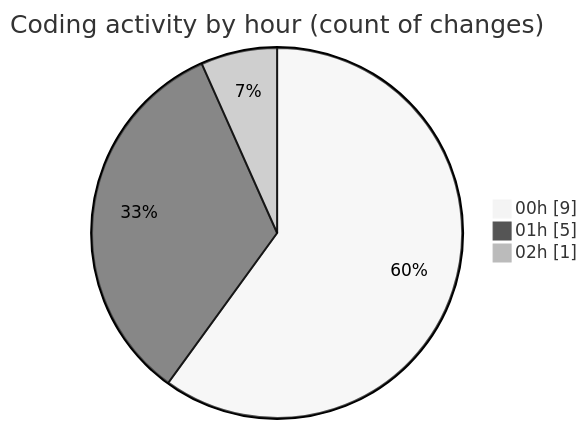
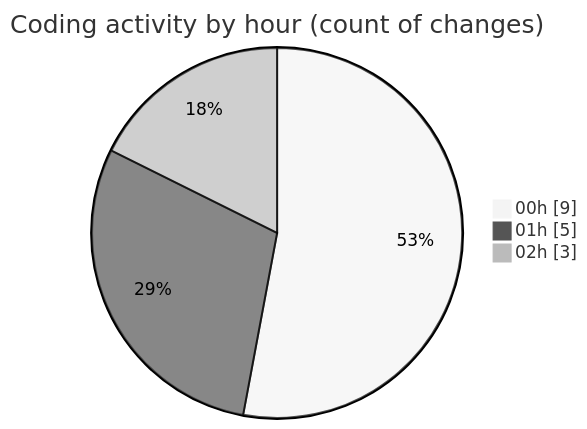
Before and after one commit to lephambinh05/code-tracking: the second of 2 diagrams in 2025-08-05/studybuddy/README.md, drawn with Mermaid (neutral theme). The commit also changed other lines of this file and 1 other file, not shown here.

````diff
--- a/2025-08-05/studybuddy/README.md
+++ b/2025-08-05/studybuddy/README.md
@@ -31,7 +32,7 @@
 ```mermaid
 pie showData
 title Coding activity by hour (count of changes)
 "00h" : 9
 "01h" : 5
-"02h" : 1
+"02h" : 3
 ```
````
